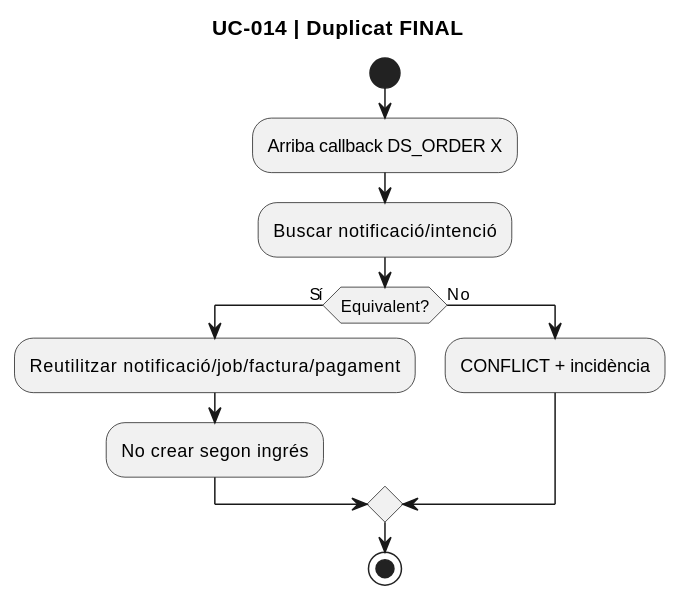
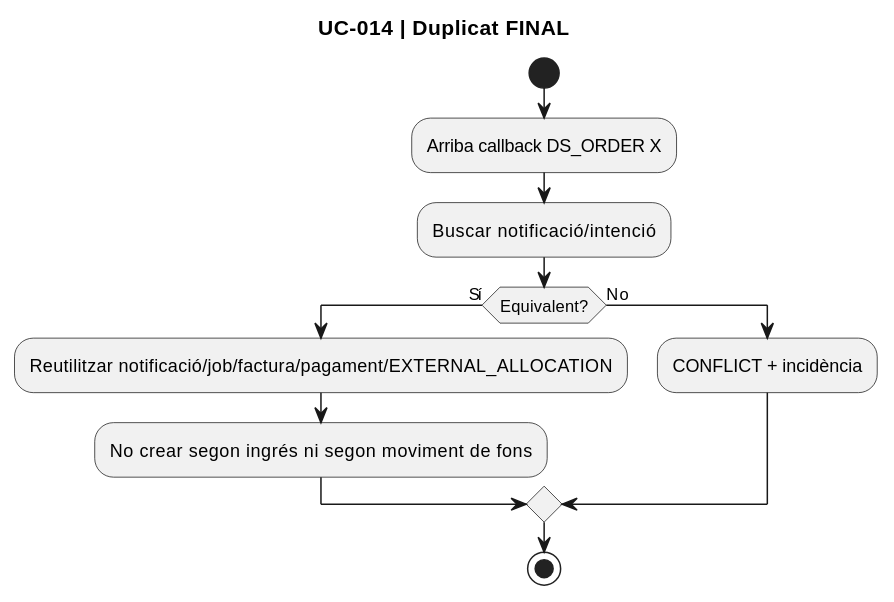
Before and after one commit to orgmeriemprismacat-del/verifactu: diagram 13 of 14 in documentacio/07-uml-integrat/uc-014-activitats-pagines-redsys-actual-final.md, drawn with PlantUML. The commit also changed other lines of this file, not shown here.

Commit message:
docs(UC-014): completar activitats amb EXTERNAL_ALLOCATION

````diff
--- a/documentacio/07-uml-integrat/uc-014-activitats-pagines-redsys-actual-final.md
+++ b/documentacio/07-uml-integrat/uc-014-activitats-pagines-redsys-actual-final.md
@@ -357,15 +364,15 @@
 ```plantuml
 @startuml
 title UC-014 | Duplicat FINAL
 start
 :Arriba callback DS_ORDER X;
 :Buscar notificació/intenció;
 if (Equivalent?) then (Sí)
-  :Reutilitzar notificació/job/factura/pagament;
-  :No crear segon ingrés;
+  :Reutilitzar notificació/job/factura/pagament/EXTERNAL_ALLOCATION;
+  :No crear segon ingrés ni segon moviment de fons;
 else (No)
   :CONFLICT + incidència;
 endif
 stop
 @enduml
 ```
````
